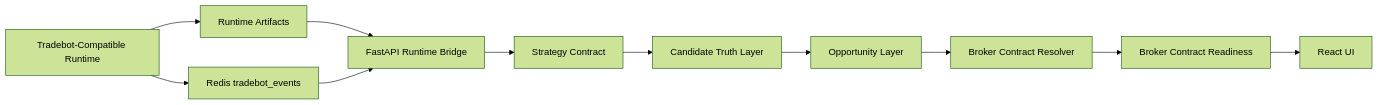
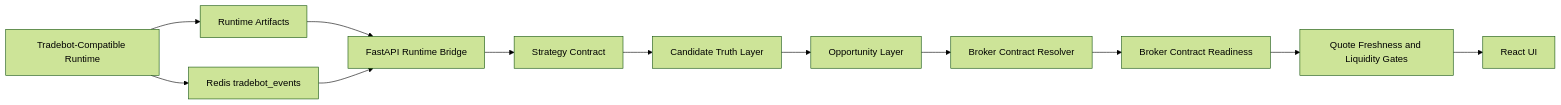
Before and after one commit to ramgolladi1503-sys/algotradify: the diagram in README.md, drawn with Mermaid (forest theme). The commit also changed other lines of this file, not shown here.

Commit message:
Document quote freshness and liquidity gates

````diff
--- a/README.md
+++ b/README.md
@@ -30,13 +31,14 @@
 ```mermaid
 flowchart LR
     A[Tradebot-Compatible Runtime] --> B[Runtime Artifacts]
     B --> C[FastAPI Runtime Bridge]
     C --> D[Strategy Contract]
     D --> E[Candidate Truth Layer]
     E --> F[Opportunity Layer]
     F --> G[Broker Contract Resolver]
     G --> H[Broker Contract Readiness]
-    H --> I[React UI]
-    A --> J[Redis tradebot_events]
-    J --> C
+    H --> I[Quote Freshness and Liquidity Gates]
+    I --> J[React UI]
+    A --> K[Redis tradebot_events]
+    K --> C
 ```
````
